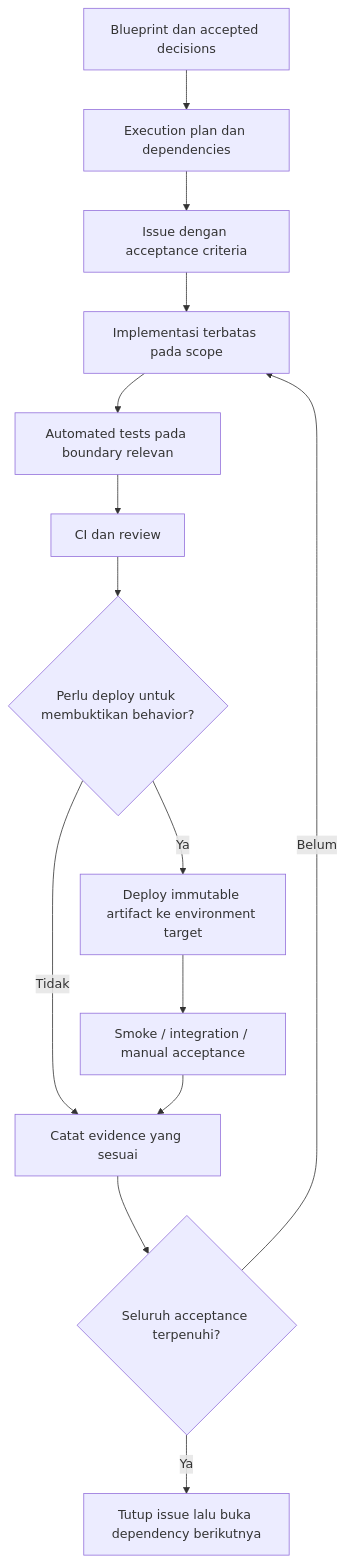
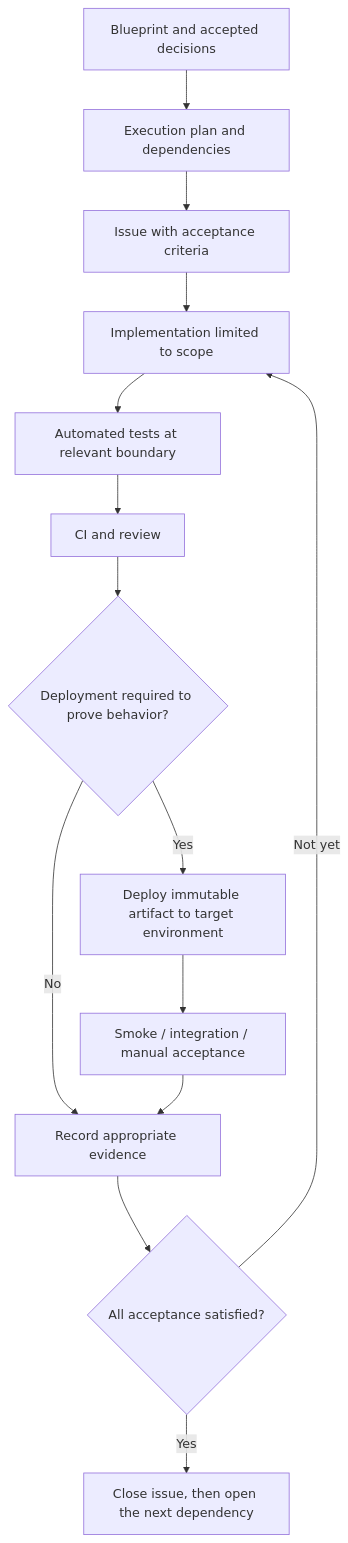
Before and after one commit to Ryanakml/Deadbolt: the tenth of 10 diagrams in raw_idea_plan.md, drawn with Mermaid. The commit also changed other lines of this file and 1 other file, not shown here.

````diff
--- a/raw_idea_plan.md
+++ b/raw_idea_plan.md
@@ -1374,16 +1408,16 @@
 ```mermaid
 flowchart TD
-    Blueprint[Blueprint dan accepted decisions] --> Plan[Execution plan dan dependencies]
-    Plan --> Issue[Issue dengan acceptance criteria]
-    Issue --> Implement[Implementasi terbatas pada scope]
-    Implement --> Tests[Automated tests pada boundary relevan]
-    Tests --> CI[CI dan review]
-    CI --> Deploy{Perlu deploy untuk membuktikan behavior?}
-    Deploy -->|Ya| Env[Deploy immutable artifact ke environment target]
-    Deploy -->|Tidak| Evidence[Catat evidence yang sesuai]
+    Blueprint[Blueprint and accepted decisions] --> Plan[Execution plan and dependencies]
+    Plan --> Issue[Issue with acceptance criteria]
+    Issue --> Implement[Implementation limited to scope]
+    Implement --> Tests[Automated tests at relevant boundary]
+    Tests --> CI[CI and review]
+    CI --> Deploy{Deployment required to prove behavior?}
+    Deploy -->|Yes| Env[Deploy immutable artifact to target environment]
+    Deploy -->|No| Evidence[Record appropriate evidence]
     Env --> Verify[Smoke / integration / manual acceptance]
     Verify --> Evidence
-    Evidence --> Gate{Seluruh acceptance terpenuhi?}
-    Gate -->|Belum| Implement
-    Gate -->|Ya| Done[Tutup issue lalu buka dependency berikutnya]
+    Evidence --> Gate{All acceptance satisfied?}
+    Gate -->|Not yet| Implement
+    Gate -->|Yes| Done[Close issue, then open the next dependency]
 ```
````
